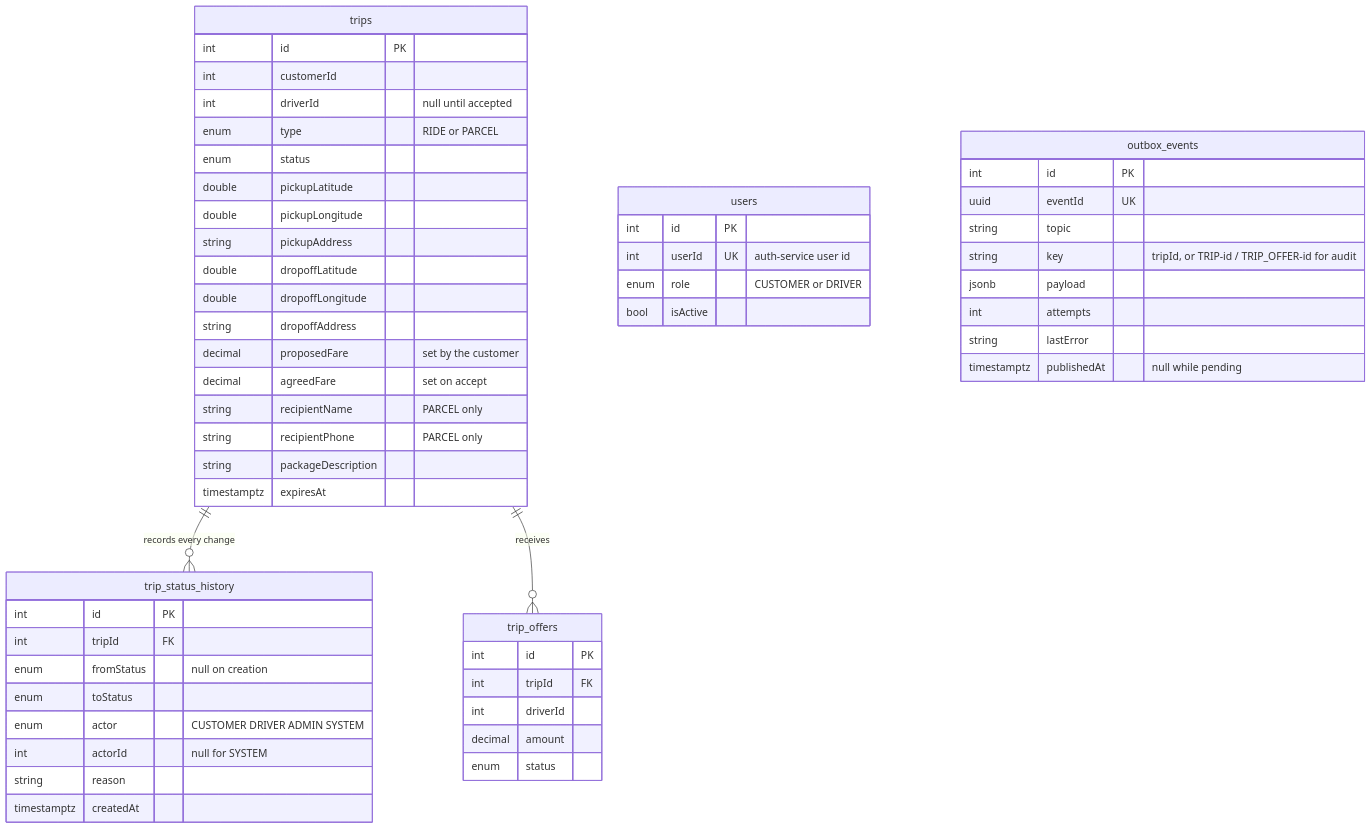
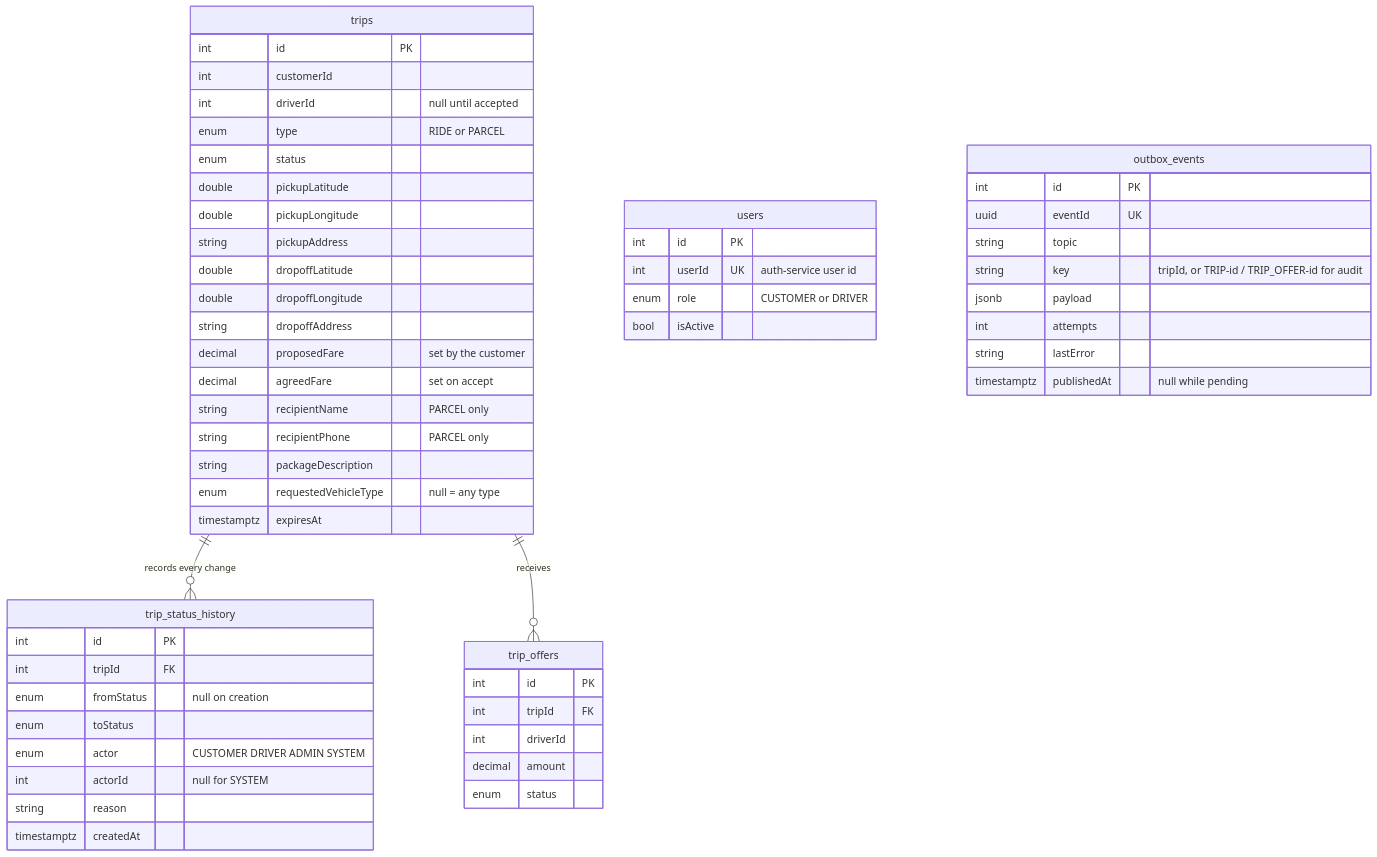
The second of 10 diagrams in docs/services/trip-service.md (Mohammed-Taysser/masr3), drawn with Mermaid before and after one commit. The commit also changed other lines of this file and 30 other files, not shown here.

Commit message:
feat(trip-service): let admins act for customers and drivers and add a requested vehicle type

````diff
--- a/docs/services/trip-service.md
+++ b/docs/services/trip-service.md
@@ -30,57 +31,58 @@
 ```mermaid
 erDiagram
   trips ||--o{ trip_status_history : "records every change"
   trips ||--o{ trip_offers : "receives"
   trips {
     int id PK
     int customerId
     int driverId "null until accepted"
     enum type "RIDE or PARCEL"
     enum status
     double pickupLatitude
     double pickupLongitude
     string pickupAddress
     double dropoffLatitude
     double dropoffLongitude
     string dropoffAddress
     decimal proposedFare "set by the customer"
     decimal agreedFare "set on accept"
     string recipientName "PARCEL only"
     string recipientPhone "PARCEL only"
     string packageDescription
+    enum requestedVehicleType "null = any type"
     timestamptz expiresAt
   }
   trip_status_history {
     int id PK
     int tripId FK
     enum fromStatus "null on creation"
     enum toStatus
     enum actor "CUSTOMER DRIVER ADMIN SYSTEM"
     int actorId "null for SYSTEM"
     string reason
     timestamptz createdAt
   }
   trip_offers {
     int id PK
     int tripId FK
     int driverId
     decimal amount
     enum status
   }
   users {
     int id PK
     int userId UK "auth-service user id"
     enum role "CUSTOMER or DRIVER"
     bool isActive
   }
   outbox_events {
     int id PK
     uuid eventId UK
     string topic
     string key "tripId, or TRIP-id / TRIP_OFFER-id for audit"
     jsonb payload
     int attempts
     string lastError
     timestamptz publishedAt "null while pending"
   }
 ```
````
